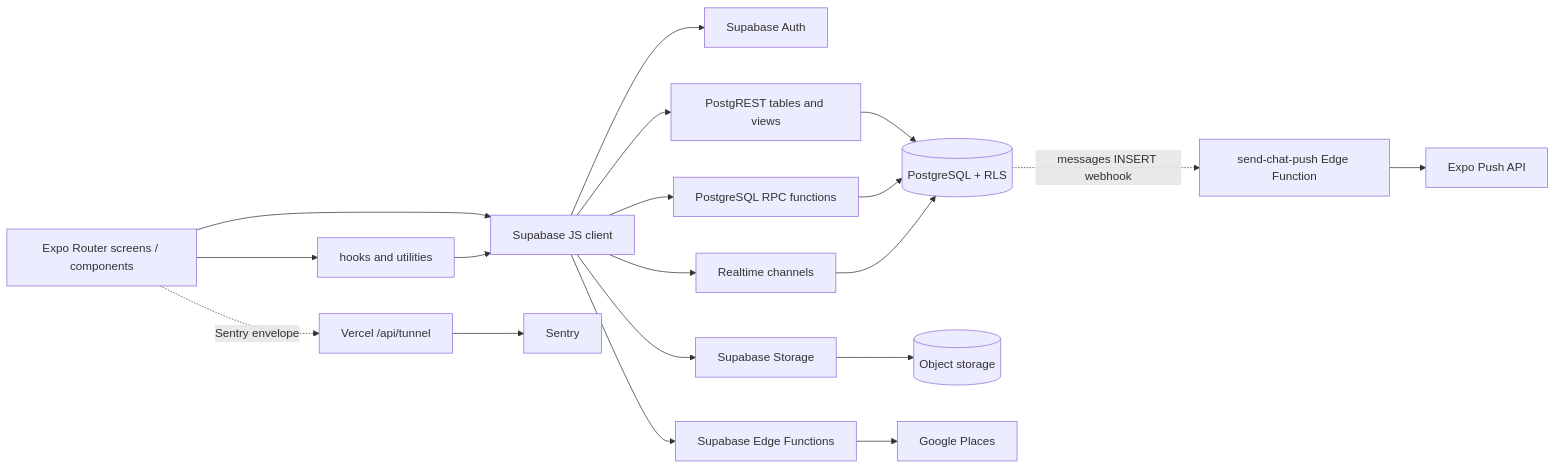
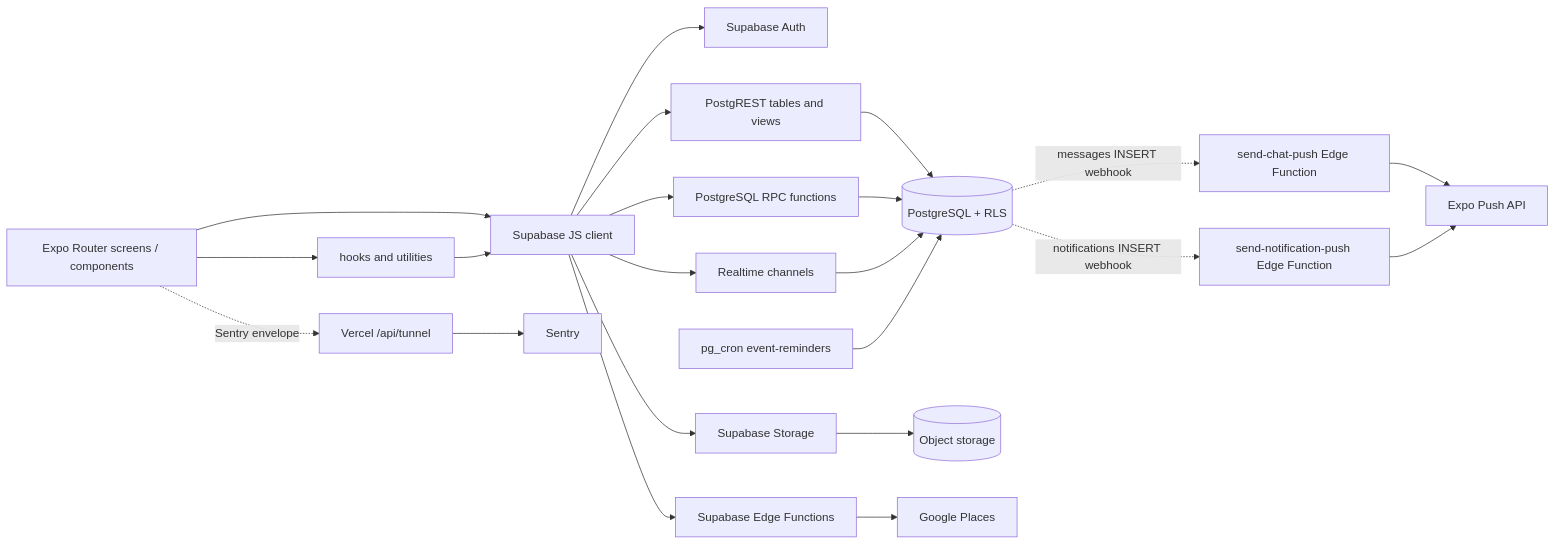
Before and after one commit to bryanw121/vclub: the first of 8 diagrams in docs/request-response-and-data-model.md, drawn with Mermaid. The commit also changed other lines of this file and 26 other files, not shown here.

````diff
--- a/docs/request-response-and-data-model.md
+++ b/docs/request-response-and-data-model.md
@@ -44,21 +44,24 @@
 ```mermaid
 flowchart LR
   UI[Expo Router screens / components] --> H[hooks and utilities]
   UI --> S[Supabase JS client]
   H --> S
   S --> A[Supabase Auth]
   S --> P[PostgREST tables and views]
   S --> R[PostgreSQL RPC functions]
   S --> RT[Realtime channels]
   S --> ST[Supabase Storage]
   S --> EF[Supabase Edge Functions]
   P --> DB[(PostgreSQL + RLS)]
   R --> DB
   RT --> DB
   ST --> OBJ[(Object storage)]
   EF --> GP[Google Places]
   DB -. messages INSERT webhook .-> PUSH[send-chat-push Edge Function]
   PUSH --> EXPO[Expo Push API]
+  DB -. notifications INSERT webhook .-> NPUSH[send-notification-push Edge Function]
+  NPUSH --> EXPO
+  CRON[pg_cron event-reminders] --> DB
   UI -. Sentry envelope .-> VT[Vercel /api/tunnel]
   VT --> SENTRY[Sentry]
 ```
````
